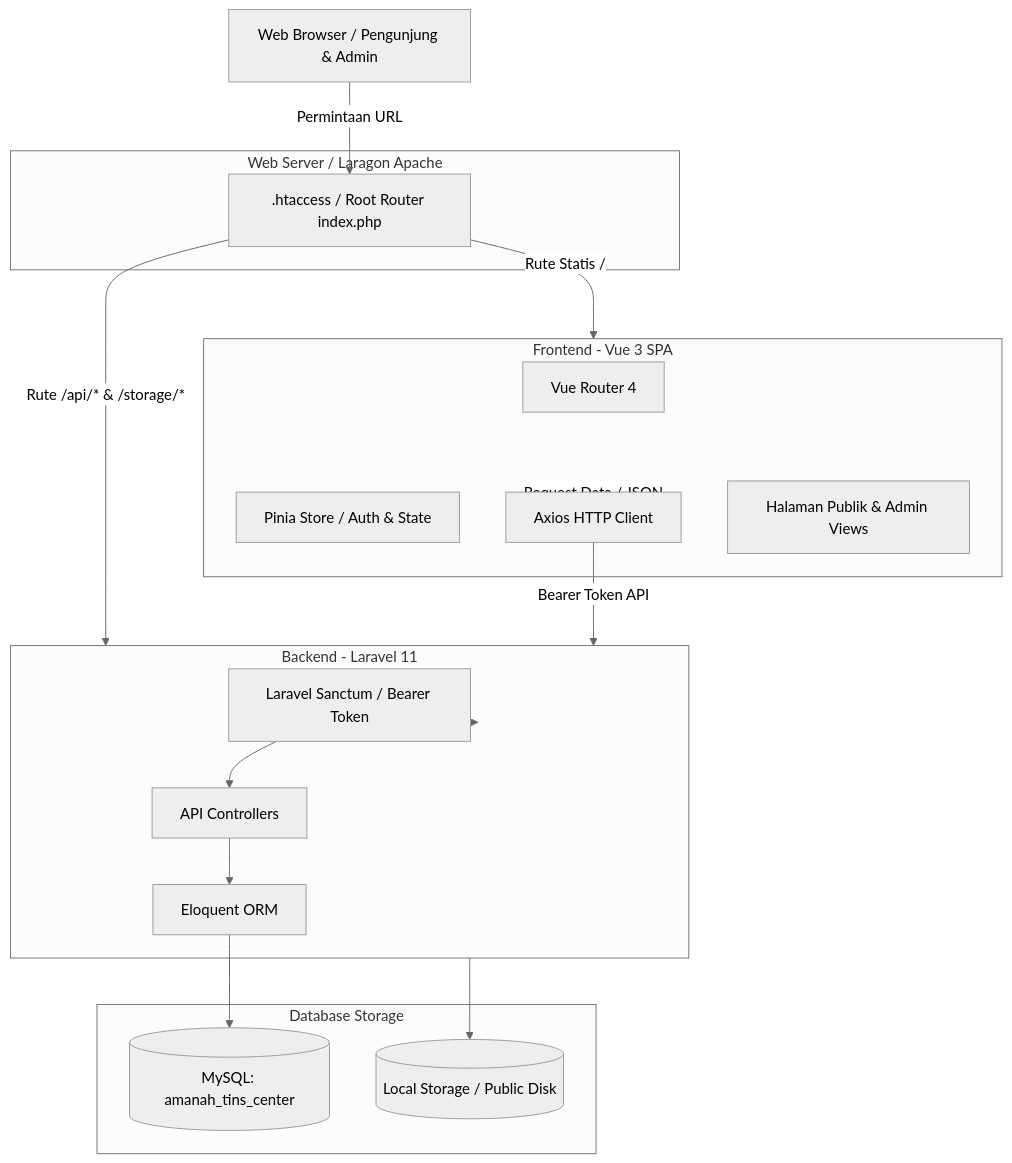
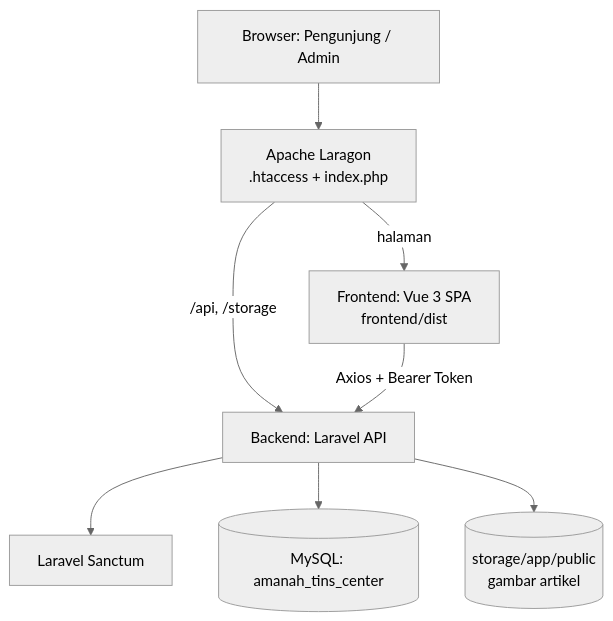
Before and after one commit to PrimitivHuman/AmanahTinsCenter: the diagram in DOKUMENTASI_DAN_ANALISIS_PROYEK.md, drawn with Mermaid (neutral theme). The commit also changed other lines of this file and 41 other files, not shown here.

````diff
--- a/DOKUMENTASI_DAN_ANALISIS_PROYEK.md
+++ b/DOKUMENTASI_DAN_ANALISIS_PROYEK.md
@@ -45,38 +43,10 @@
 ```mermaid
 graph TD
-    Client[Web Browser / Pengunjung & Admin]
-    
-    subgraph WebServer [Web Server / Laragon Apache]
-        Htaccess[.htaccess / Root Router index.php]
-    end
-
-    subgraph FrontendApp [Frontend - Vue 3 SPA]
-        Router[Vue Router 4]
-        Pinia[Pinia Store / Auth & State]
-        Axios[Axios HTTP Client]
-        Views[Halaman Publik & Admin Views]
-    end
-
-    subgraph BackendApp [Backend - Laravel 11]
-        Sanctum[Laravel Sanctum / Bearer Token]
-        Controllers[API Controllers]
-        Eloquent[Eloquent ORM]
-    end
-
-    subgraph Database [Database Storage]
-        MySQL[(MySQL: amanah_tins_center)]
-        Storage[(Local Storage / Public Disk)]
-    end
-
-    Client -->|Permintaan URL| Htaccess
-    Htaccess -->|Rute Statis /| FrontendApp
-    Htaccess -->|Rute /api/* & /storage/*| BackendApp
-    
-    FrontendApp -->|Request Data / JSON| Axios
-    Axios -->|Bearer Token API| BackendApp
-    BackendApp --> Sanctum
-    Sanctum --> Controllers
-    Controllers --> Eloquent
-    Eloquent --> MySQL
-    BackendApp --> Storage
+    U[Browser: Pengunjung / Admin] --> A[Apache Laragon<br/>.htaccess + index.php]
+    A -->|halaman| F[Frontend: Vue 3 SPA<br/>frontend/dist]
+    A -->|/api, /storage| B[Backend: Laravel API]
+    F -->|Axios + Bearer Token| B
+    B --> S[Laravel Sanctum]
+    B --> M[(MySQL: amanah_tins_center)]
+    B --> D[(storage/app/public<br/>gambar artikel)]
 ```
````
